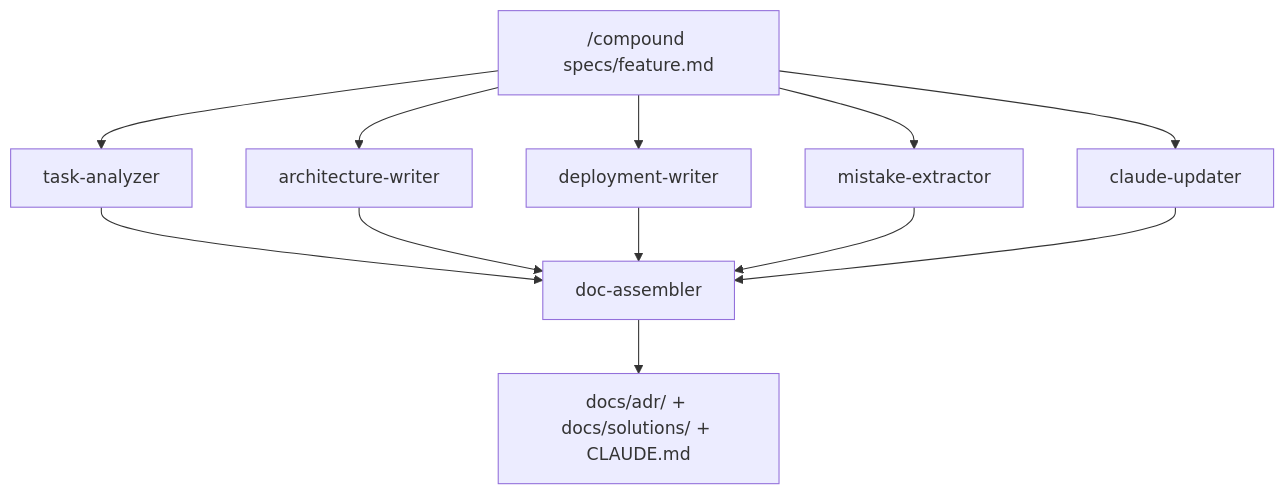
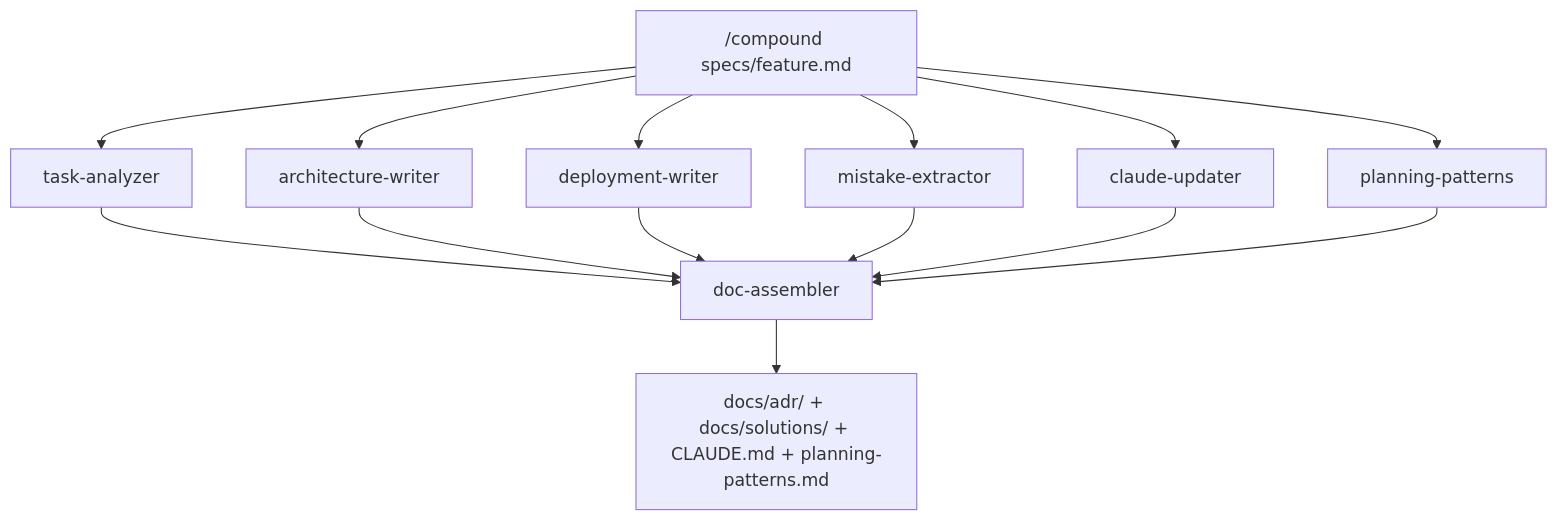
The third of 3 diagrams in README.md (rebekz/tactical-engineering-plugin), drawn with Mermaid before and after one commit. The commit also changed other lines of this file and 35 other files, not shown here.

````diff
--- a/README.md
+++ b/README.md
@@ -173,14 +217,16 @@
 ```mermaid
 graph TD
     A["/compound specs/feature.md"] --> B[task-analyzer]
     A --> C[architecture-writer]
     A --> D[deployment-writer]
     A --> E[mistake-extractor]
     A --> F[claude-updater]
+    A --> P[planning-patterns]
     B --> G[doc-assembler]
     C --> G
     D --> G
     E --> G
     F --> G
-    G --> H["docs/adr/ + docs/solutions/ + CLAUDE.md"]
+    P --> G
+    G --> H["docs/adr/ + docs/solutions/ + CLAUDE.md + planning-patterns.md"]
 ```
````
